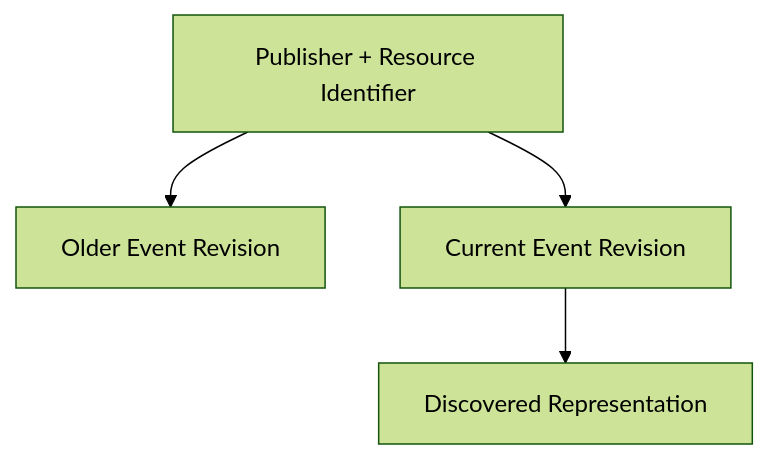
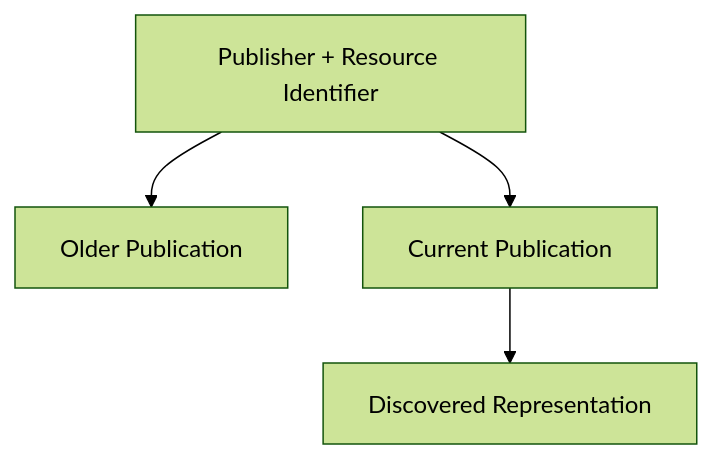
One commit to kjvonly/kjvonly.bible changed the eighth of 21 diagrams in docs/architecture/0005-resource-discovery.md. Above: the diagram before and after it, drawn with Mermaid (forest theme). The commit also changed other lines of this file, not shown here.

````diff
--- a/docs/architecture/0005-resource-discovery.md
+++ b/docs/architecture/0005-resource-discovery.md
@@ -319,10 +319,10 @@
 ```mermaid
 flowchart TD
 
     IDENTITY["Publisher + Resource Identifier"]
 
-    IDENTITY --> OLD["Older Event Revision"]
-    IDENTITY --> CURRENT["Current Event Revision"]
+    IDENTITY --> OLD["Older Publication"]
+    IDENTITY --> CURRENT["Current Publication"]
 
     CURRENT --> DISCOVERED["Discovered Representation"]
 ```
````
